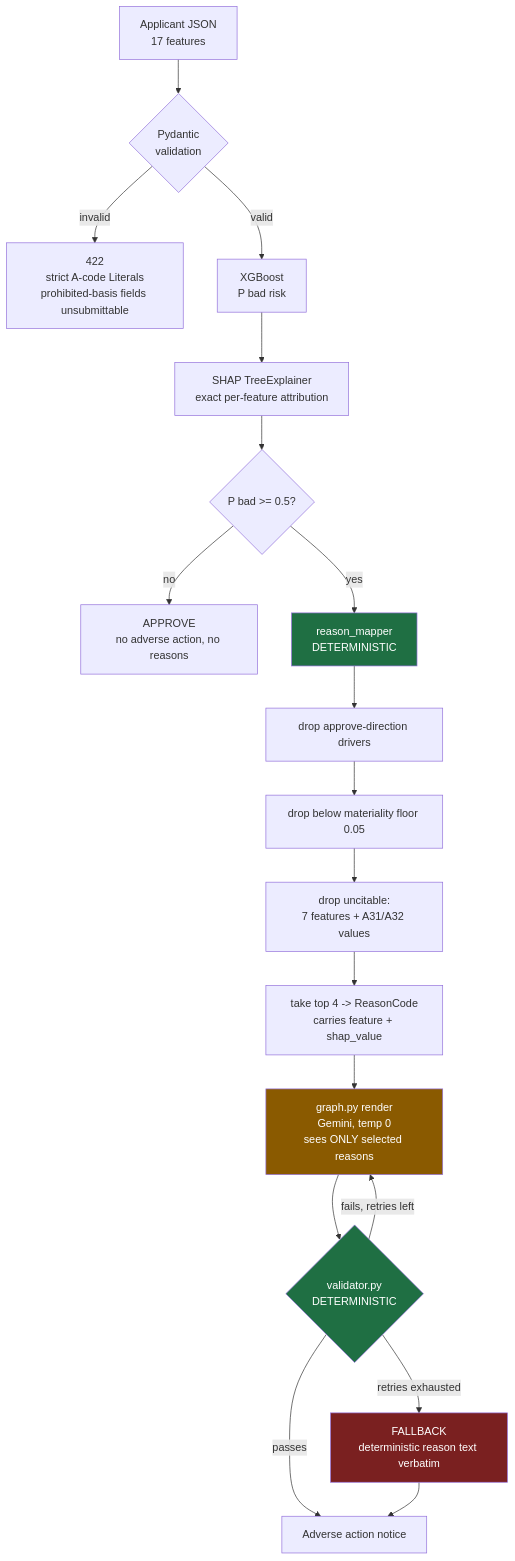
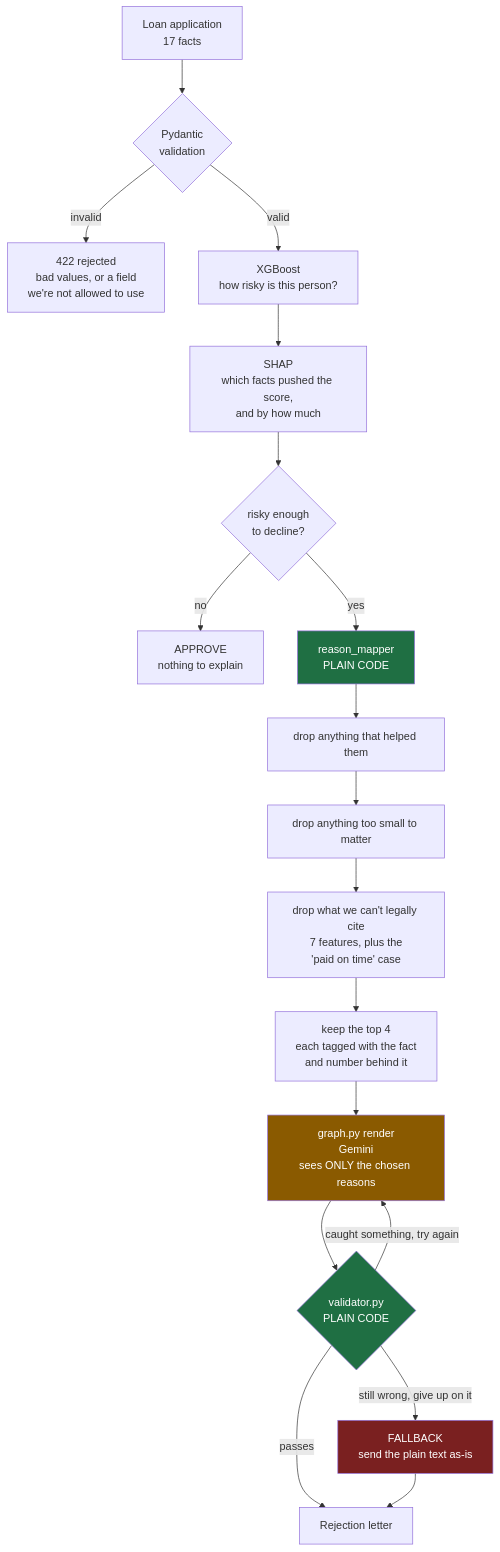
The diagram in docs/architecture.md (ajinkyawadaskar/credit-decision-explainer), drawn with Mermaid before and after one commit. The commit also changed other lines of this file and 6 other files, not shown here.

First line of the commit message:
Drop CLAUDE.md from the repo; plain-language the architecture doc

````diff
--- a/docs/architecture.md
+++ b/docs/architecture.md
@@ -5,27 +5,27 @@
 ```mermaid
 flowchart TD
-    A[Applicant JSON<br/>17 features] --> B{Pydantic<br/>validation}
-    B -->|invalid| B1[422<br/>strict A-code Literals<br/>prohibited-basis fields unsubmittable]
-    B -->|valid| C[XGBoost<br/>P bad risk]
-    C --> D[SHAP TreeExplainer<br/>exact per-feature attribution]
-    D --> E{P bad >= 0.5?}
-    E -->|no| F[APPROVE<br/>no adverse action, no reasons]
-    E -->|yes| G[reason_mapper<br/>DETERMINISTIC]
+    A[Loan application<br/>17 facts] --> B{Pydantic<br/>validation}
+    B -->|invalid| B1[422 rejected<br/>bad values, or a field<br/>we're not allowed to use]
+    B -->|valid| C[XGBoost<br/>how risky is this person?]
+    C --> D[SHAP<br/>which facts pushed the score,<br/>and by how much]
+    D --> E{risky enough<br/>to decline?}
+    E -->|no| F[APPROVE<br/>nothing to explain]
+    E -->|yes| G[reason_mapper<br/>PLAIN CODE]
 
-    G --> G1[drop approve-direction drivers]
-    G1 --> G2[drop below materiality floor 0.05]
-    G2 --> G3[drop uncitable:<br/>7 features + A31/A32 values]
-    G3 --> G4[take top 4 -> ReasonCode<br/>carries feature + shap_value]
+    G --> G1[drop anything that helped them]
+    G1 --> G2[drop anything too small to matter]
+    G2 --> G3[drop what we can't legally cite<br/>7 features, plus the<br/>'paid on time' case]
+    G3 --> G4[keep the top 4<br/>each tagged with the fact<br/>and number behind it]
 
-    G4 --> H[graph.py render<br/>Gemini, temp 0<br/>sees ONLY selected reasons]
-    H --> I{validator.py<br/>DETERMINISTIC}
-    I -->|passes| J[Adverse action notice]
-    I -->|fails, retries left| H
-    I -->|retries exhausted| K[FALLBACK<br/>deterministic reason text verbatim]
+    G4 --> H[graph.py render<br/>Gemini<br/>sees ONLY the chosen reasons]
+    H --> I{validator.py<br/>PLAIN CODE}
+    I -->|passes| J[Rejection letter]
+    I -->|caught something, try again| H
+    I -->|still wrong, give up on it| K[FALLBACK<br/>send the plain text as-is]
     K --> J
 
     style G fill:#1f6f43,color:#fff
     style I fill:#1f6f43,color:#fff
     style H fill:#8a5a00,color:#fff
     style K fill:#7a2020,color:#fff
 ```
````
